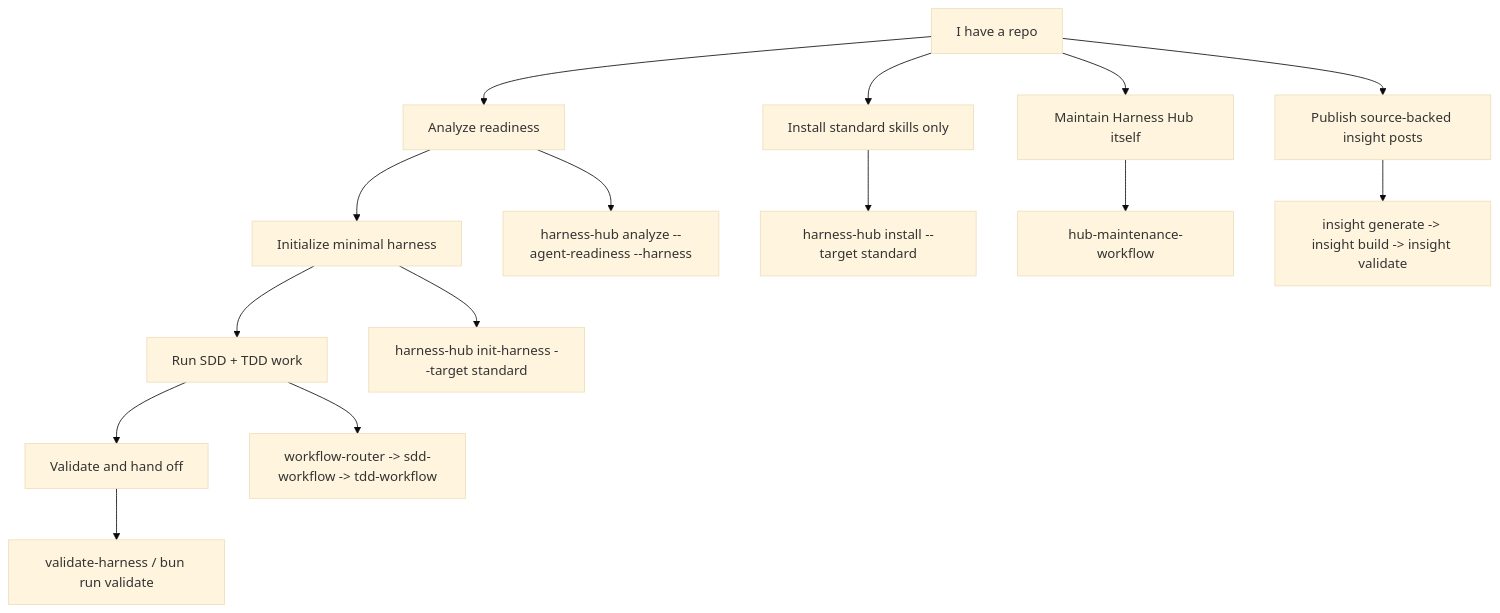
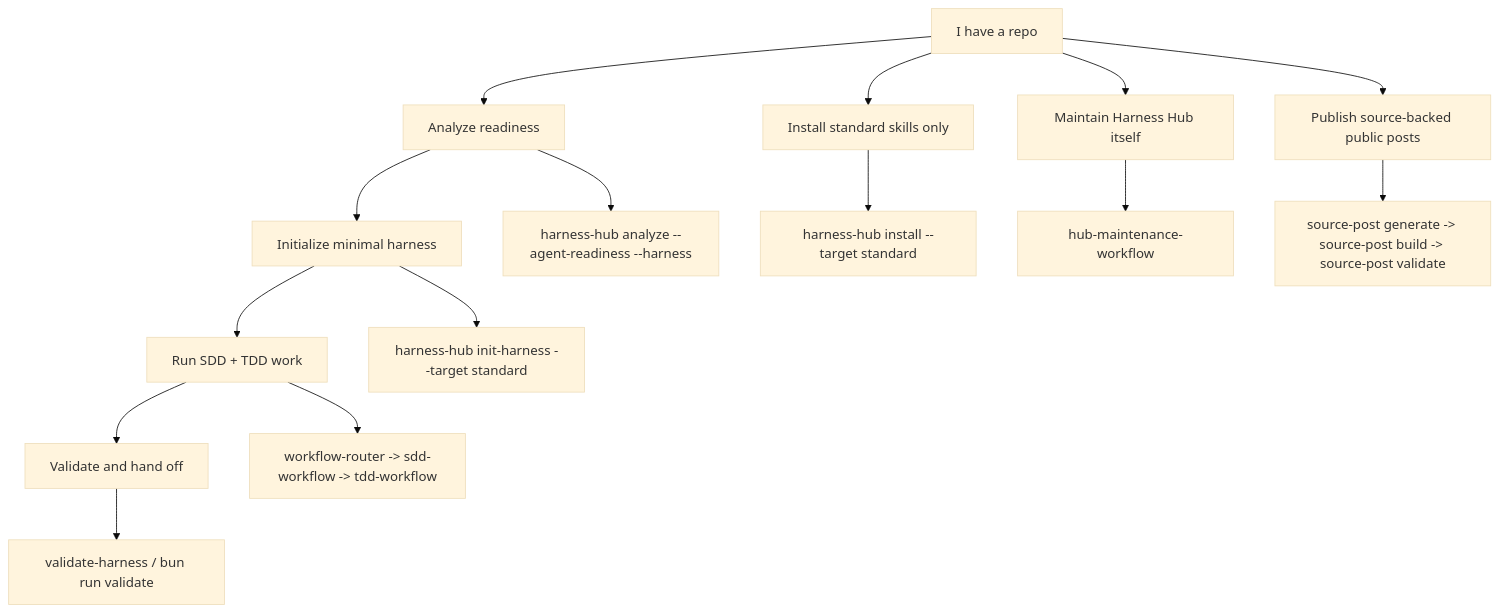
One commit to JasonxzWen/harness-hub changed the diagram in README.md. Above: the diagram before and after it, drawn with Mermaid (base theme). The commit also changed other lines of this file and 74 other files, not shown here.

Commit message:
Rename public insight publishing to source-post

````diff
--- a/README.md
+++ b/README.md
@@ -30,19 +30,19 @@
 ```mermaid
 flowchart TD
   Start["I have a repo"] --> Analyze["Analyze readiness"]
   Analyze --> Init["Initialize minimal harness"]
   Init --> Work["Run SDD + TDD work"]
   Work --> Validate["Validate and hand off"]
 
   Start --> Skills["Install standard skills only"]
   Start --> Maintain["Maintain Harness Hub itself"]
-  Start --> Insight["Publish source-backed insight posts"]
+  Start --> SourcePost["Publish source-backed public posts"]
 
   Analyze --> A1["harness-hub analyze --agent-readiness --harness"]
   Init --> I1["harness-hub init-harness --target standard"]
   Skills --> S1["harness-hub install --target standard"]
   Work --> W1["workflow-router -> sdd-workflow -> tdd-workflow"]
   Validate --> V1["validate-harness / bun run validate"]
   Maintain --> M1["hub-maintenance-workflow"]
-  Insight --> P1["insight generate -> insight build -> insight validate"]
+  SourcePost --> P1["source-post generate -> source-post build -> source-post validate"]
 ```
````
